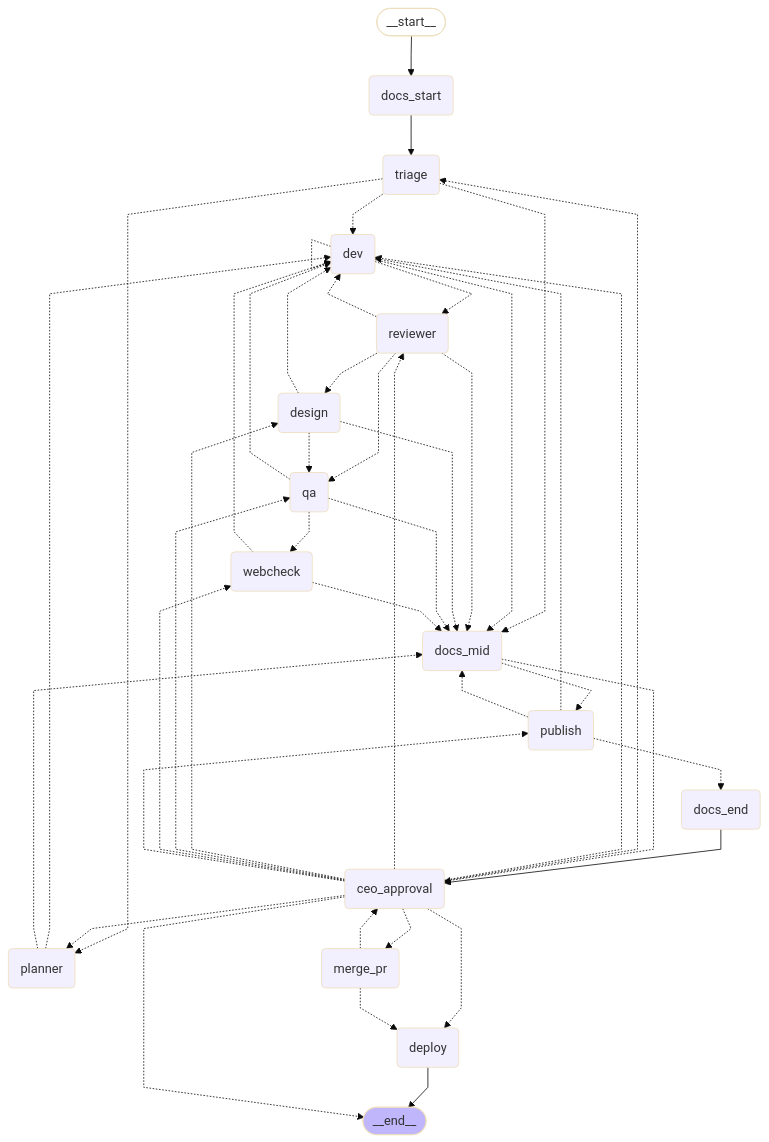
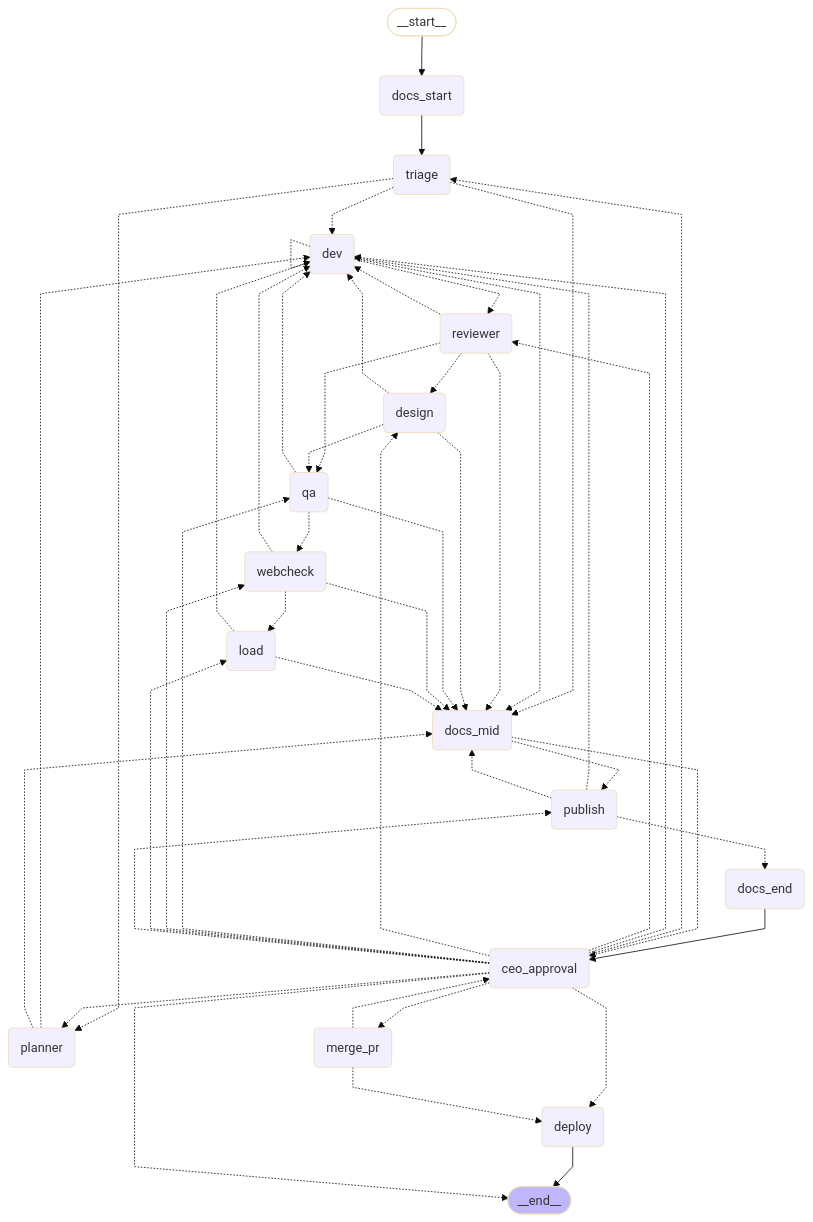
Before and after one commit to venturelli-91/agent-softhouse-orchestrator: the diagram in orchestrator/docs/11-reference.md, drawn with Mermaid (base theme). The commit also changed other lines of this file and 2 other files, not shown here.

Commit message:
docs(load): documentar a etapa load e o bloco de config

````diff
--- a/orchestrator/docs/11-reference.md
+++ b/orchestrator/docs/11-reference.md
@@ -88,65 +88,70 @@
 ```mermaid
 %%{init: {'flowchart': {'curve': 'linear'}}}%%
 graph TD;
 	__start__([<p>__start__</p>]):::first
 	triage(triage)
 	planner(planner)
 	dev(dev)
 	reviewer(reviewer)
 	design(design)
 	qa(qa)
 	webcheck(webcheck)
+	load(load)
 	publish(publish)
 	ceo_approval(ceo_approval)
 	merge_pr(merge_pr)
 	deploy(deploy)
 	docs_start(docs_start)
 	docs_mid(docs_mid)
 	docs_end(docs_end)
 	__end__([<p>__end__</p>]):::last
 	__start__ --> docs_start;
 	deploy --> __end__;
 	docs_end --> ceo_approval;
 	docs_start --> triage;
 	triage -.-> dev;
 	triage -.-> planner;
 	triage -.-> docs_mid;
 	planner -.-> dev;
 	planner -.-> docs_mid;
 	dev -.-> reviewer;
 	dev -.-> docs_mid;
 	reviewer -.-> design;
 	reviewer -.-> qa;
 	reviewer -.-> dev;
 	reviewer -.-> docs_mid;
 	design -.-> qa;
 	design -.-> dev;
 	design -.-> docs_mid;
 	qa -.-> webcheck;
 	qa -.-> dev;
 	qa -.-> docs_mid;
+	webcheck -.-> load;
 	webcheck -.-> docs_mid;
 	webcheck -.-> dev;
+	load -.-> docs_mid;
+	load -.-> dev;
 	publish -.-> docs_end;
 	publish -.-> dev;
 	publish -.-> docs_mid;
 	docs_mid -.-> publish;
 	docs_mid -.-> ceo_approval;
 	ceo_approval -.-> triage;
 	ceo_approval -.-> planner;
 	ceo_approval -.-> dev;
 	ceo_approval -.-> reviewer;
 	ceo_approval -.-> design;
 	ceo_approval -.-> qa;
 	ceo_approval -.-> webcheck;
+	ceo_approval -.-> load;
 	ceo_approval -.-> publish;
 	ceo_approval -.-> deploy;
 	ceo_approval -.-> merge_pr;
 	ceo_approval -.-> __end__;
 	merge_pr -.-> deploy;
 	merge_pr -.-> ceo_approval;
 	dev -.-> dev;
 	classDef default fill:#f2f0ff,line-height:1.2;
 	classDef first fill-opacity:0;
 	classDef last fill:#bfb6fc;
 ```
````
